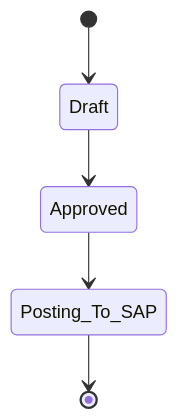
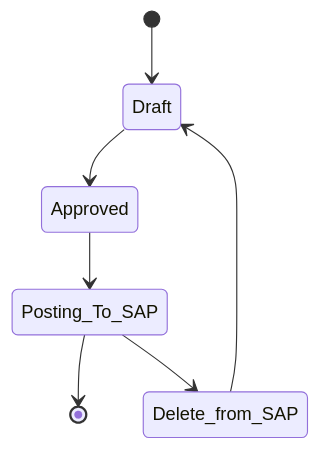
The seventh of 7 diagrams in cnw_je_doc.md (andyut/cnw_doc), drawn with Mermaid before and after one commit. The commit also changed other lines of this file, not shown here.

````diff
--- a/cnw_je_doc.md
+++ b/cnw_je_doc.md
@@ -159,7 +159,9 @@
 ```mermaid
 stateDiagram-v2
 [*] --> Draft
 Draft --> Approved
 Approved --> Posting_To_SAP
 Posting_To_SAP --> [*]
+Posting_To_SAP --> Delete_from_SAP 
+Delete_from_SAP --> Draft
 ```
````
